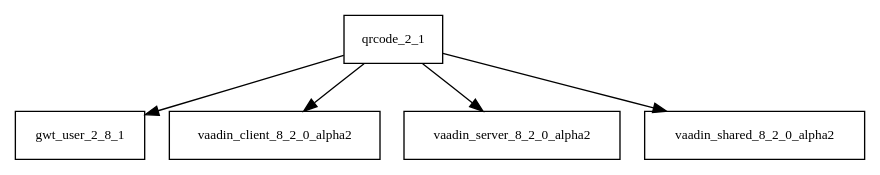
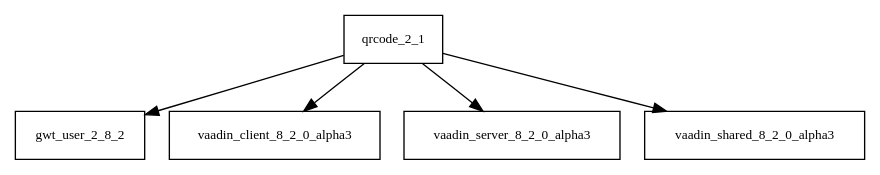
The diagram in tattleTaleReport/graphviz/qrcode-2.1.jar/qrcode-2.1.jar.dot (AglaianWoman/cia), drawn with Graphviz before and after one commit. The commit also changed 3162 other files, not shown here.

```diff
--- a/tattleTaleReport/graphviz/qrcode-2.1.jar/qrcode-2.1.jar.dot
+++ b/tattleTaleReport/graphviz/qrcode-2.1.jar/qrcode-2.1.jar.dot
@@ -1,7 +1,7 @@
 digraph qrcode_2_1_dependencies {
   node [shape = box, fontsize=10.0];
-  qrcode_2_1 -> gwt_user_2_8_1;
-  qrcode_2_1 -> vaadin_client_8_2_0_alpha2;
-  qrcode_2_1 -> vaadin_server_8_2_0_alpha2;
-  qrcode_2_1 -> vaadin_shared_8_2_0_alpha2;
+  qrcode_2_1 -> gwt_user_2_8_2;
+  qrcode_2_1 -> vaadin_client_8_2_0_alpha3;
+  qrcode_2_1 -> vaadin_server_8_2_0_alpha3;
+  qrcode_2_1 -> vaadin_shared_8_2_0_alpha3;
 }
```
